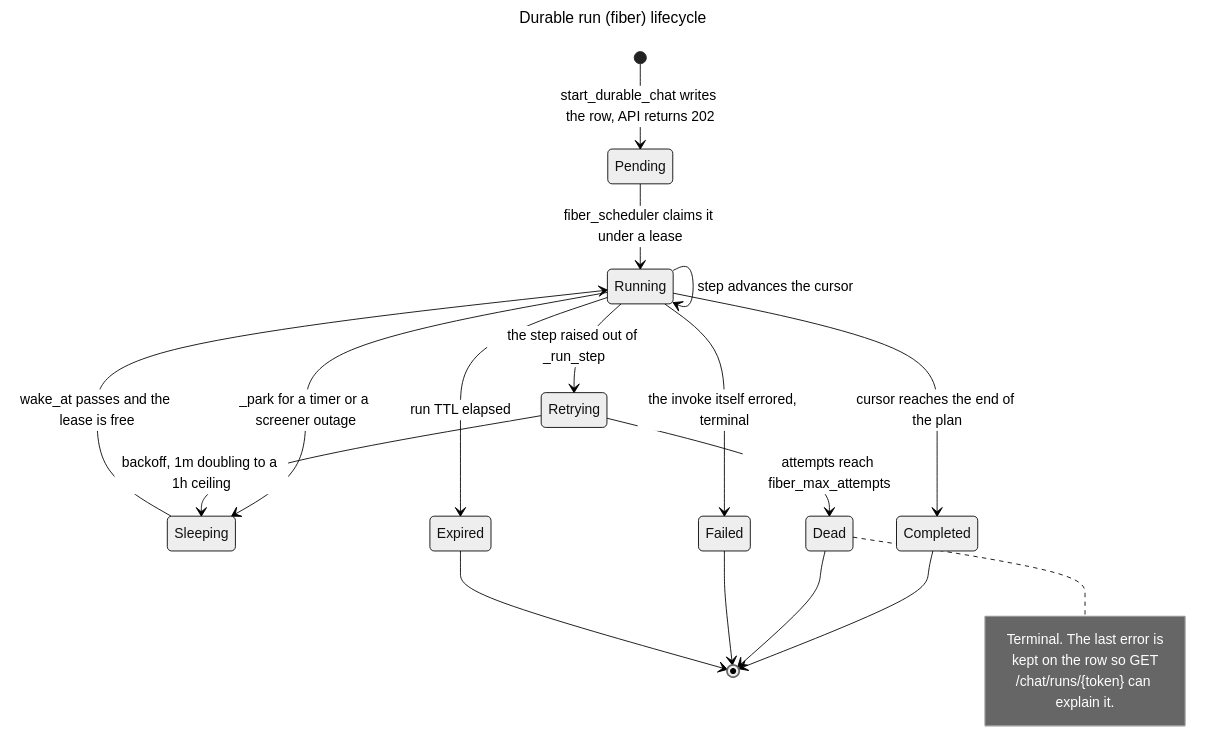
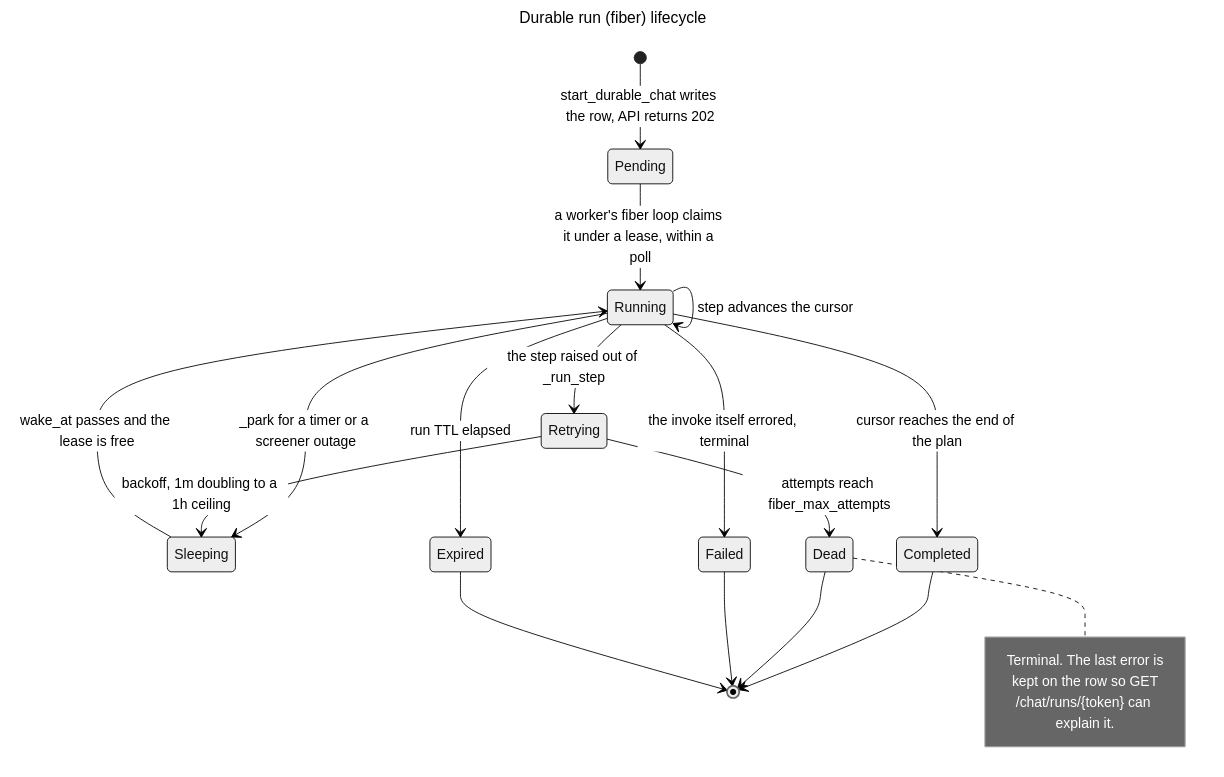
Before and after one commit to felix-run/felix: the diagram in docs/diagrams/durable-run.mmd, drawn with Mermaid (neutral theme). The commit also changed 8 other files, not shown here.

First line of the commit message:
Start durable runs within a second, and stop one approval stalling the rest.

```diff
--- a/docs/diagrams/durable-run.mmd
+++ b/docs/diagrams/durable-run.mmd
@@ -1,34 +1,34 @@
 ---
 title: Durable run (fiber) lifecycle
 ---
 %% Source of truth: packages/harness/src/felix/durability/fibers.py —
 %% FIBER_TERMINAL_STATUSES, _park, _retry_or_dead, _claim_due.
 stateDiagram-v2
     accTitle: States a durable fiber moves through, including the retry ladder
-    accDescr: A manifest with spec.execution.mode durable answers POST /chat with 202 and a resume token instead of running the turn inline. The fiber row starts pending; the worker's fiber_scheduler task claims due rows under a lease, oldest first, so two replicas cannot run the same step and no tenant starves; rows backed by Temporal are excluded because Temporal drives those itself, and each step either advances the cursor or parks the fiber for a backoff. The backoff doubles from one minute to a ceiling of one hour, and after FELIX_FIBER_MAX_ATTEMPTS consecutive failures the fiber is buried as dead rather than retried forever. A step that reached a terminal status and then failed only at its save keeps that status, because coercing it back to sleeping would re-enter the step loop with the cursor past the end and report a failed invoke as completed.
+    accDescr: A manifest with spec.execution.mode durable answers POST /chat with 202 and a resume token instead of running the turn inline. The fiber row starts pending; each worker's fiber loop polls every second and claims due rows under a lease, with the one-minute fiber_scheduler sweep as a backstop, oldest first, so two replicas cannot run the same step and no tenant starves; rows backed by Temporal are excluded because Temporal drives those itself, and each step either advances the cursor or parks the fiber for a backoff. The backoff doubles from one minute to a ceiling of one hour, and after FELIX_FIBER_MAX_ATTEMPTS consecutive failures the fiber is buried as dead rather than retried forever. A step that reached a terminal status and then failed only at its save keeps that status, because coercing it back to sleeping would re-enter the step loop with the cursor past the end and report a failed invoke as completed.
 
     [*] --> Pending : start_durable_chat writes the row, API returns 202
-    Pending --> Running : fiber_scheduler claims it under a lease
+    Pending --> Running : a worker's fiber loop claims it under a lease, within a poll
 
     Running --> Running : step advances the cursor
     Running --> Sleeping : _park for a timer or a screener outage
     Sleeping --> Running : wake_at passes and the lease is free
 
     Running --> Completed : cursor reaches the end of the plan
     Running --> Failed : the invoke itself errored, terminal
     Running --> Retrying : the step raised out of _run_step
     Retrying --> Sleeping : backoff, 1m doubling to a 1h ceiling
     Retrying --> Dead : attempts reach fiber_max_attempts
 
     Running --> Expired : run TTL elapsed
 
     Completed --> [*]
     Dead --> [*]
     Failed --> [*]
     Expired --> [*]
 
     note right of Dead
         Terminal. The last error is
         kept on the row so GET
         /chat/runs/{token} can explain it.
     end note
```
